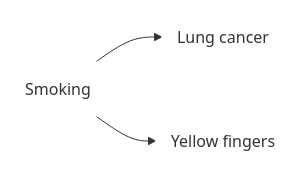
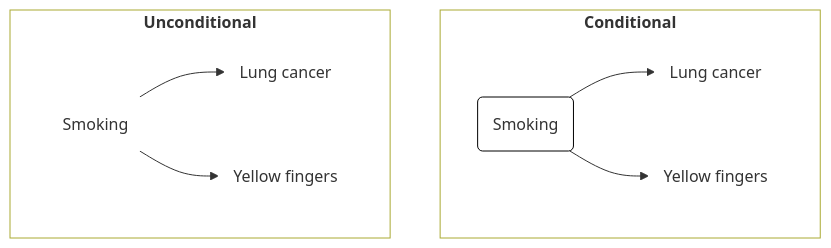
The third of 11 diagrams in book_birth_outcomes_summary/design_dag_1.md (birth-outcomes/birth_outcomes_summary), drawn with Mermaid before and after one commit. The commit also changed other lines of this file, not shown here.

`````diff
--- a/book_birth_outcomes_summary/design_dag_1.md
+++ b/book_birth_outcomes_summary/design_dag_1.md
@@ -99,13 +97,27 @@
 ````{mermaid}
-  flowchart LR;
+  flowchart TD;
 
-    cig("Smoking"):::white;
-    lung("Lung cancer"):::white;
-    yellow("Yellow fingers"):::white;
+    con:::outline;
+    subgraph con["`**Conditional**`"]
+      cig2("Smoking"):::black;
+      lung2("Lung cancer"):::white;
+      yellow2("Yellow fingers"):::white;
+    end
+
+    cig2 --> lung2;
+    cig2 --> yellow2;
+
+    uncon:::outline;
+    subgraph uncon["`**Unconditional**`"]
+      cig("Smoking"):::white;
+      lung("Lung cancer"):::white;
+      yellow("Yellow fingers"):::white;
+    end
 
     cig --> lung;
     cig --> yellow;
 
-    classDef white fill:#FFFFFF, stroke:#FFFFFF
-    classDef black fill:#FFFFFF, stroke:#000000
+    classDef white fill:#FFFFFF, stroke:#FFFFFF;
+    classDef black fill:#FFFFFF, stroke:#000000;
+    classDef outline fill:#FFFFFF;
 ````
`````
